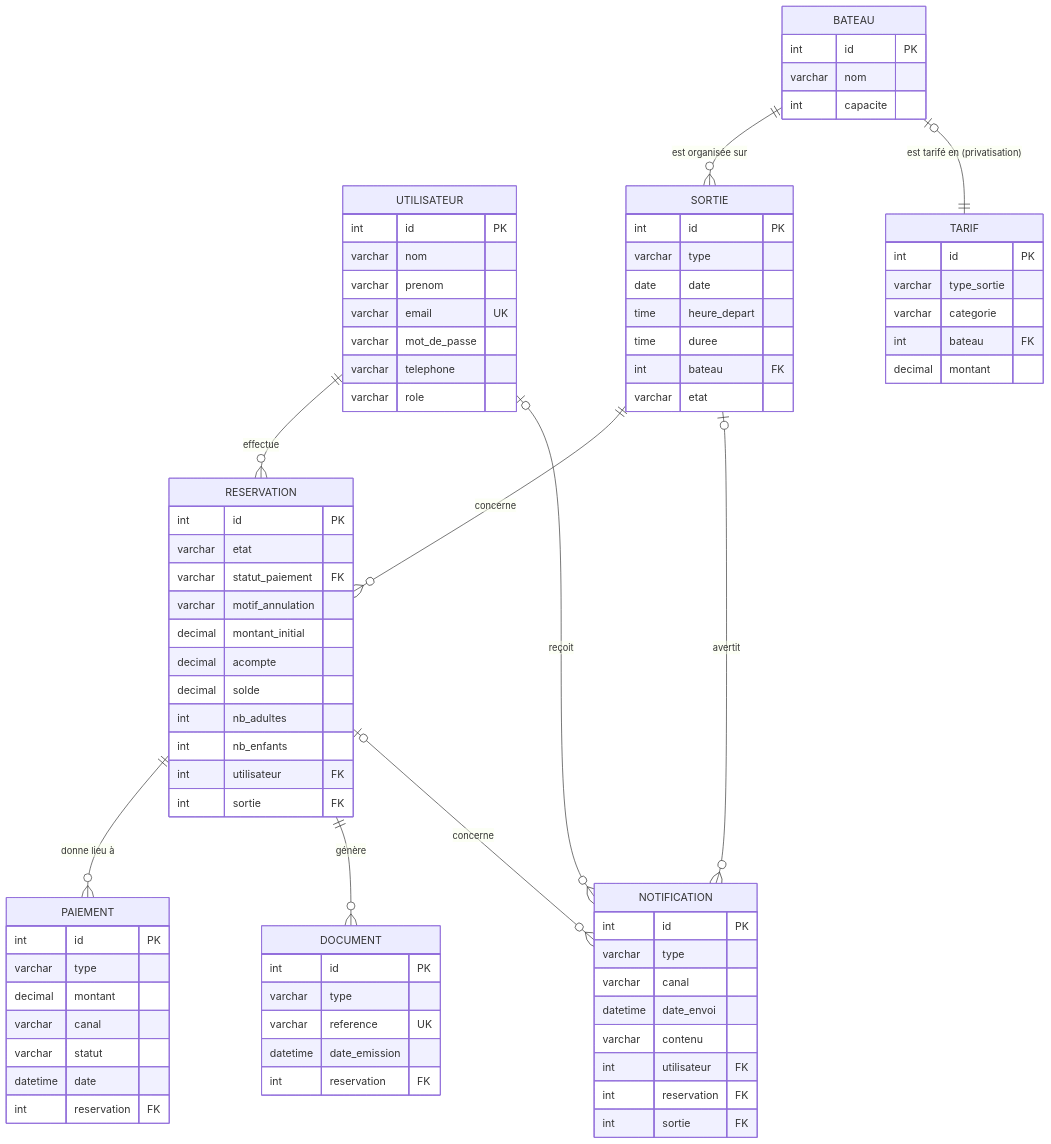
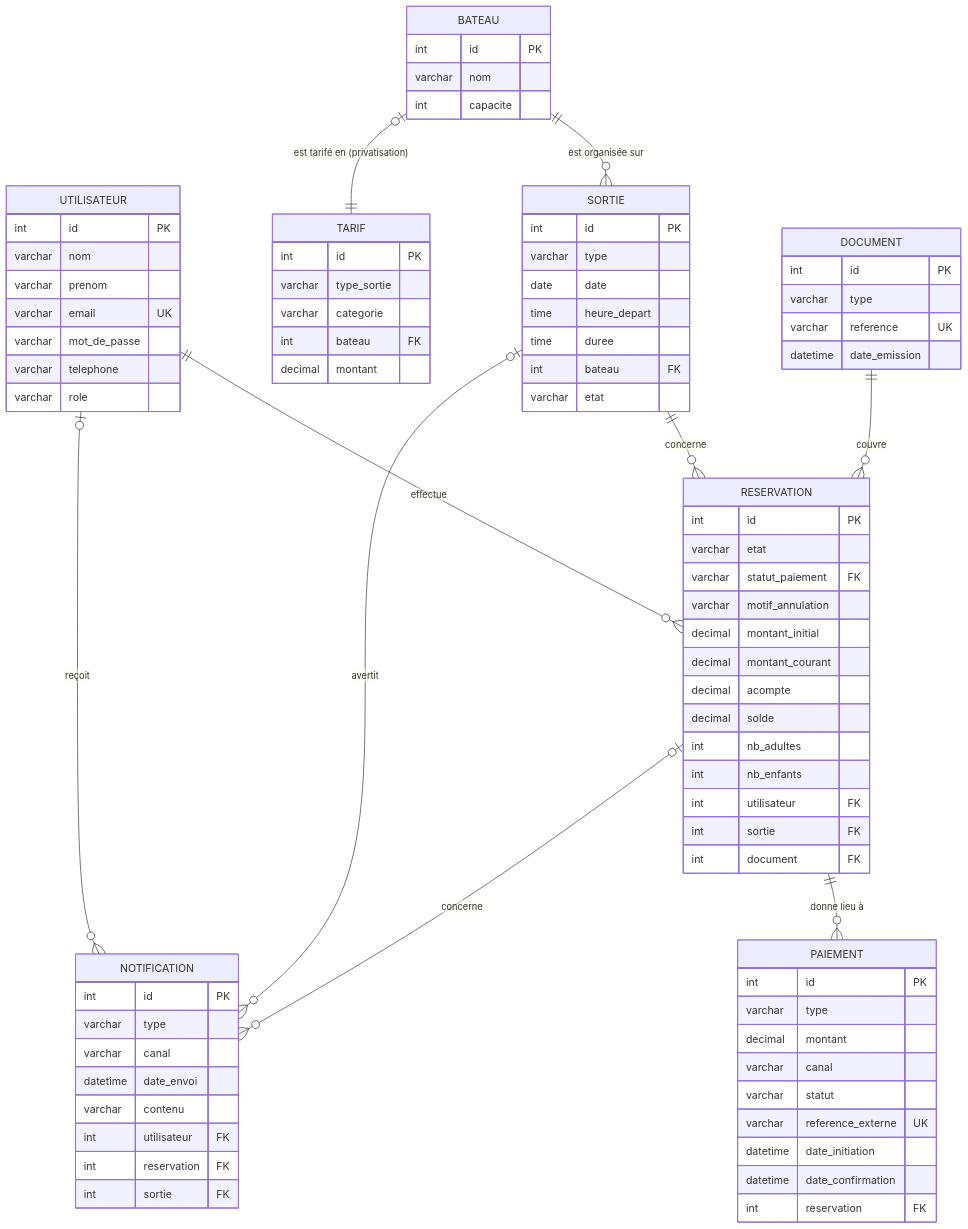
The diagram in docs/mcd/mcd-V3.md (MichelSimonin/Tibaleine), drawn with Mermaid before and after one commit. The commit also changed other lines of this file and 2 other files, not shown here.

```diff
--- a/docs/mcd/mcd-V3.md
+++ b/docs/mcd/mcd-V3.md
@@ -221,12 +251,14 @@
         varchar statut_paiement FK
         varchar motif_annulation
         decimal montant_initial
+        decimal montant_courant
         decimal acompte
         decimal solde
         int nb_adultes
         int nb_enfants
         int utilisateur FK
         int sortie FK
+        int document FK
     }
     PAIEMENT {
         int id PK
@@ -234,7 +266,9 @@
         decimal montant
         varchar canal
         varchar statut
-        datetime date
+        varchar reference_externe UK
+        datetime date_initiation
+        datetime date_confirmation
         int reservation FK
     }
     TARIF {
@@ -259,14 +293,13 @@
         varchar type
         varchar reference UK
         datetime date_emission
-        int reservation FK
     }
 
     UTILISATEUR ||--o{ RESERVATION : "effectue"
     SORTIE ||--o{ RESERVATION : "concerne"
     BATEAU ||--o{ SORTIE : "est organisée sur"
     RESERVATION ||--o{ PAIEMENT : "donne lieu à"
-    RESERVATION ||--o{ DOCUMENT : "génère"
+    DOCUMENT ||--o{ RESERVATION : "couvre"
     BATEAU |o--|| TARIF : "est tarifé en (privatisation)"
     UTILISATEUR o|--o{ NOTIFICATION : "reçoit"
     RESERVATION o|--o{ NOTIFICATION : "concerne"
```
